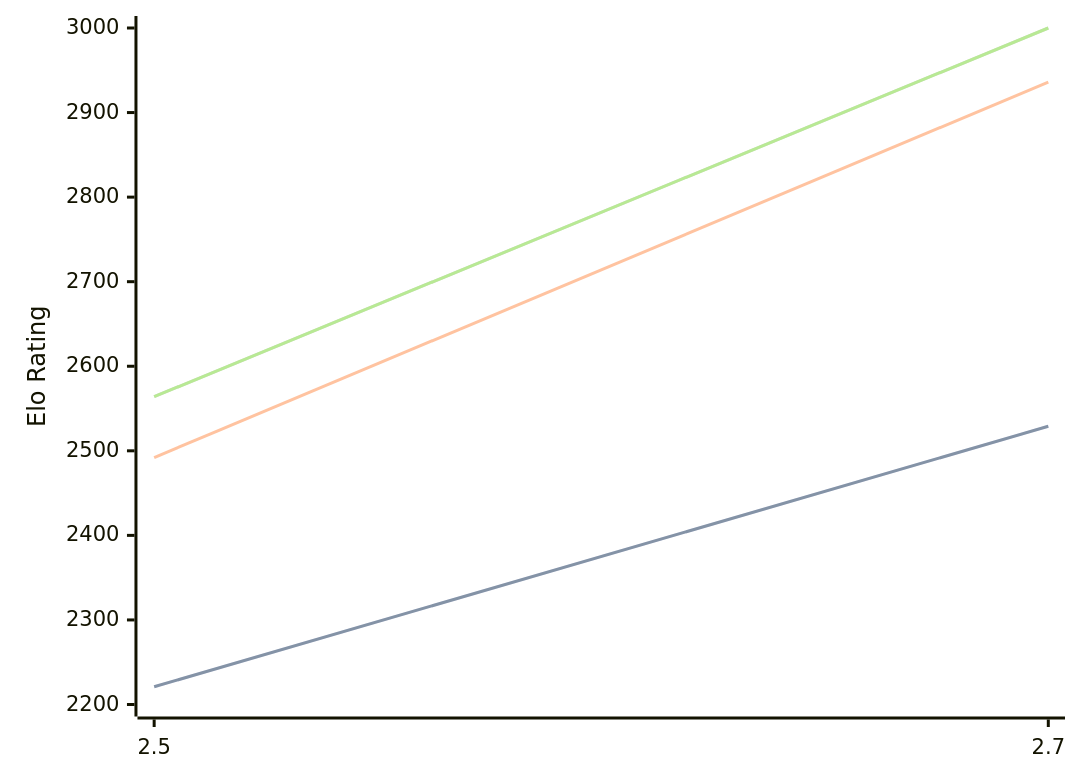
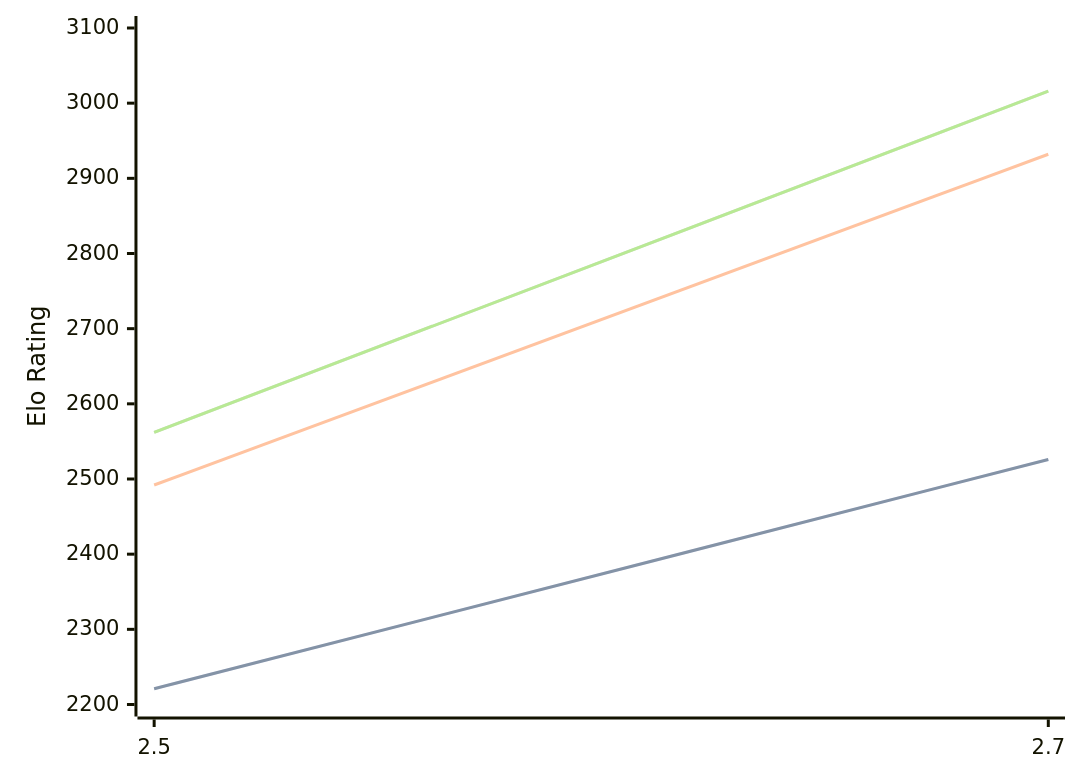
Before and after one commit to computer-chess-index/cci: the diagram in engines/Zevra.md, drawn with Mermaid. The commit also changed other lines of this file, not shown here.

Commit message:
Update CCI Ratings (ELO VLTC) - 2026-09-01

````diff
--- a/engines/Zevra.md
+++ b/engines/Zevra.md
@@ -32,11 +32,11 @@
 ```mermaid
 %%{init: {"theme":"base","themeVariables":{"seriesColors:['#a3a3a3','#222221','#faa371']}}}%%
 xychart-beta
   x-axis ["2.5", "2.7"]
-  y-axis "Elo Rating" 2200 --> 3000
-  line "" [2221, 2529]
-  line "STC (8.0+0.08s)" [2221, 2529]
-  line "LTC (60.0+0.60s)" [2492, 2936]
-  line "" [2564, 3000]
-  line "VLTC (2m24s+1.12s)" [2564, 3000]
+  y-axis "Elo Rating" 2200 --> 3100
+  line "" [2221, 2526]
+  line "STC (8.0+0.08s)" [2221, 2526]
+  line "LTC (60.0+0.60s)" [2492, 2932]
+  line "" [2562, 3016]
+  line "VLTC (2m24s+1.12s)" [2562, 3016]
 ```
````
